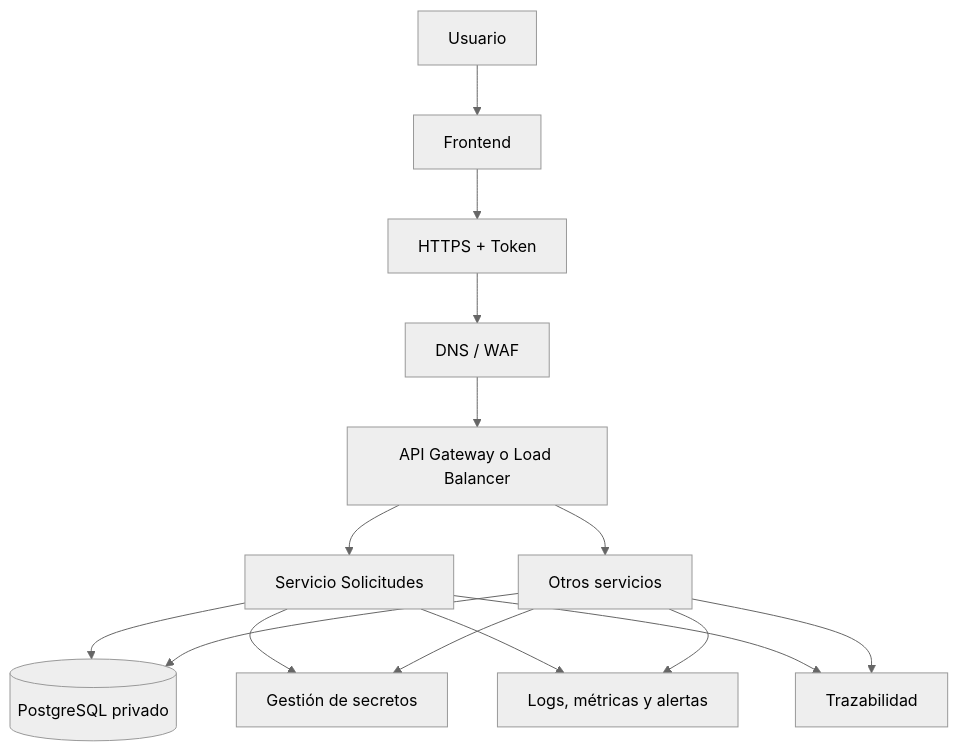
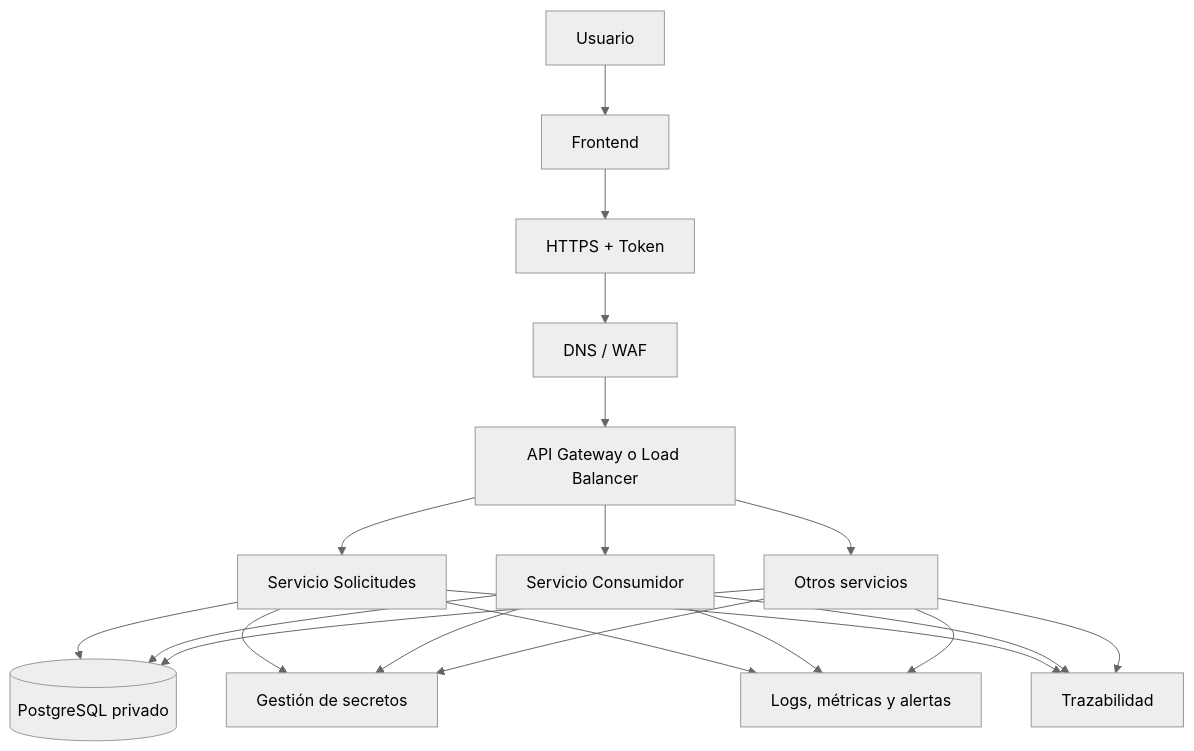
Before and after one commit to edinaelamaya/solicitudes-institucionales: the diagram in docs/aws_proposal.md, drawn with Mermaid (neutral theme). The commit also changed other lines of this file, not shown here.

````diff
--- a/docs/aws_proposal.md
+++ b/docs/aws_proposal.md
@@ -80,17 +175,22 @@
 ```mermaid
 flowchart TD
     U[Usuario] --> F[Frontend]
     F --> T[HTTPS + Token]
     T --> D[DNS / WAF]
     D --> A[API Gateway o Load Balancer]
     A --> S1[Servicio Solicitudes]
-    A --> S2[Otros servicios]
+    A --> S2[Servicio Consumidor]
+    A --> S3[Otros servicios]
     S1 --> P[(PostgreSQL privado)]
     S2 --> P
+    S3 --> P
     S1 --> K[Gestión de secretos]
     S2 --> K
+    S3 --> K
     S1 --> L[Logs, métricas y alertas]
     S2 --> L
+    S3 --> L
     S1 --> R[Trazabilidad]
     S2 --> R
+    S3 --> R
 ```
````
